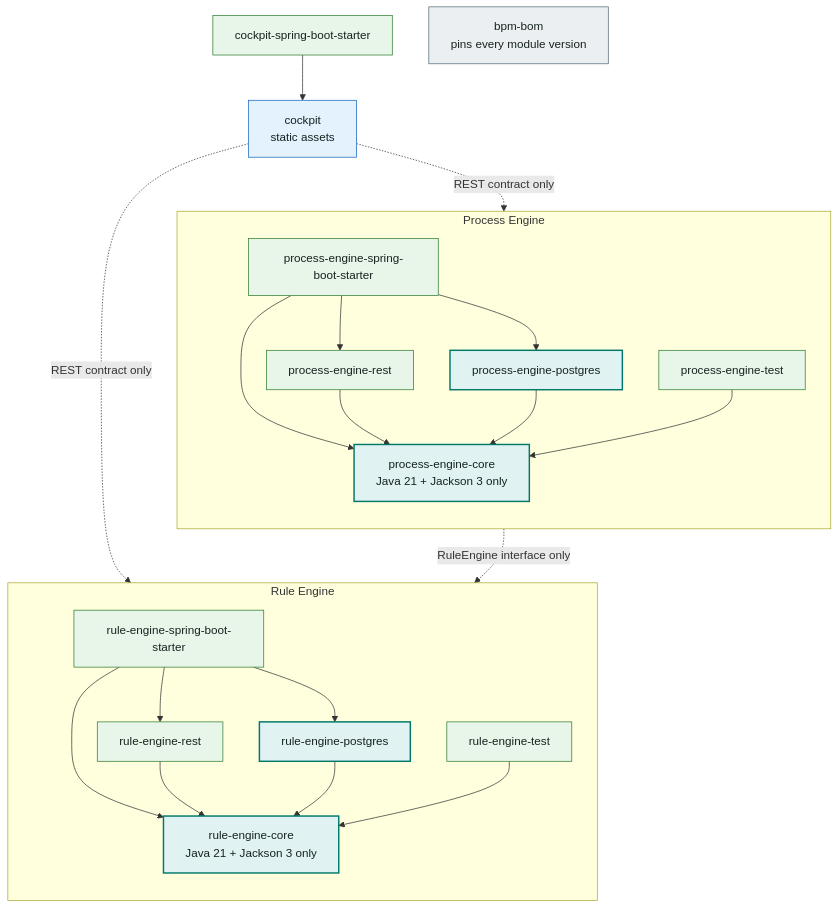
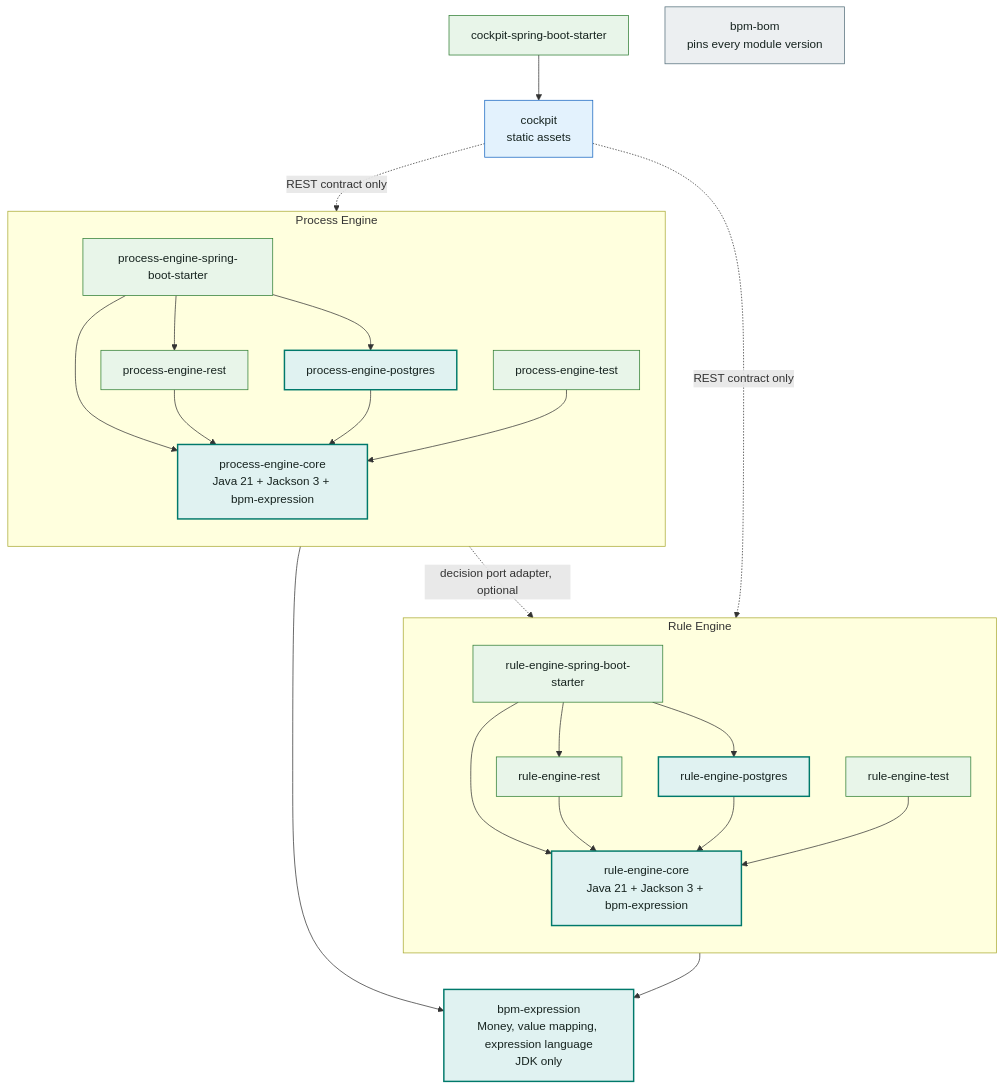
The diagram in docs/architecture/diagrams/module-structure.mmd (dhluong90/horus-Agentic-BPM), drawn with Mermaid before and after one commit. The commit also changed 122 other files, not shown here.

First line of the commit message:
feat(platform): shared expression library and decision port (#167)

```diff
--- a/docs/architecture/diagrams/module-structure.mmd
+++ b/docs/architecture/diagrams/module-structure.mmd
@@ -1,45 +1,48 @@
 flowchart TB
   subgraph RuleEngine["Rule Engine"]
     direction TB
     RS["rule-engine-spring-boot-starter"]
     RR["rule-engine-rest"]
     RP["rule-engine-postgres"]
     RT["rule-engine-test"]
-    RC["rule-engine-core<br/>Java 21 + Jackson 3 only"]
+    RC["rule-engine-core<br/>Java 21 + Jackson 3 + bpm-expression"]
     RS --> RR
     RS --> RP
     RS --> RC
     RR --> RC
     RP --> RC
     RT --> RC
   end
   subgraph ProcessEngine["Process Engine"]
     direction TB
     PS["process-engine-spring-boot-starter"]
     PR["process-engine-rest"]
     PP["process-engine-postgres"]
     PT["process-engine-test"]
-    PC["process-engine-core<br/>Java 21 + Jackson 3 only"]
+    PC["process-engine-core<br/>Java 21 + Jackson 3 + bpm-expression"]
     PS --> PR
     PS --> PP
     PS --> PC
     PR --> PC
     PP --> PC
     PT --> PC
   end
-  PC -.->|"RuleEngine interface only"| RC
+  EX["bpm-expression<br/>Money, value mapping, expression language<br/>JDK only"]
+  RC --> EX
+  PC --> EX
+  PS -.->|"decision port adapter, optional"| RC
   CK["cockpit<br/>static assets"] -.->|"REST contract only"| RR
   CK -.->|"REST contract only"| PR
   CKS["cockpit-spring-boot-starter"] --> CK
   BOM["bpm-bom<br/>pins every module version"]
 
   classDef client fill:#E3F2FD,stroke:#1565C0,color:#16231F
   classDef host fill:#E8F5E9,stroke:#2E7D32,color:#16231F
   classDef engine fill:#E0F2F1,stroke:#00796B,stroke-width:2px,color:#16231F
   classDef db fill:#FFF8E1,stroke:#F9A825,color:#16231F
   classDef external fill:#F3E5F5,stroke:#6A1B9A,color:#16231F
   classDef obs fill:#ECEFF1,stroke:#546E7A,color:#16231F
-  class RC,PC,RP,PP engine
+  class RC,PC,RP,PP,EX engine
   class RS,PS,RR,PR,RT,PT,CKS host
   class CK client
   class BOM obs
```
